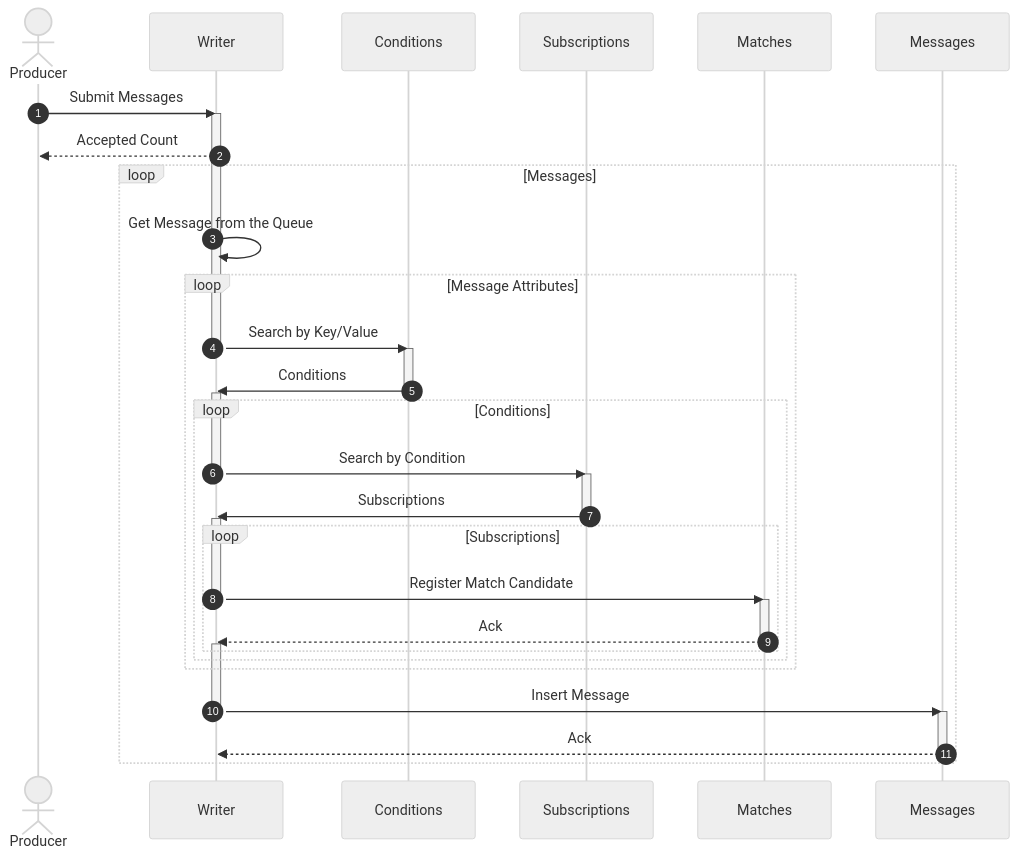
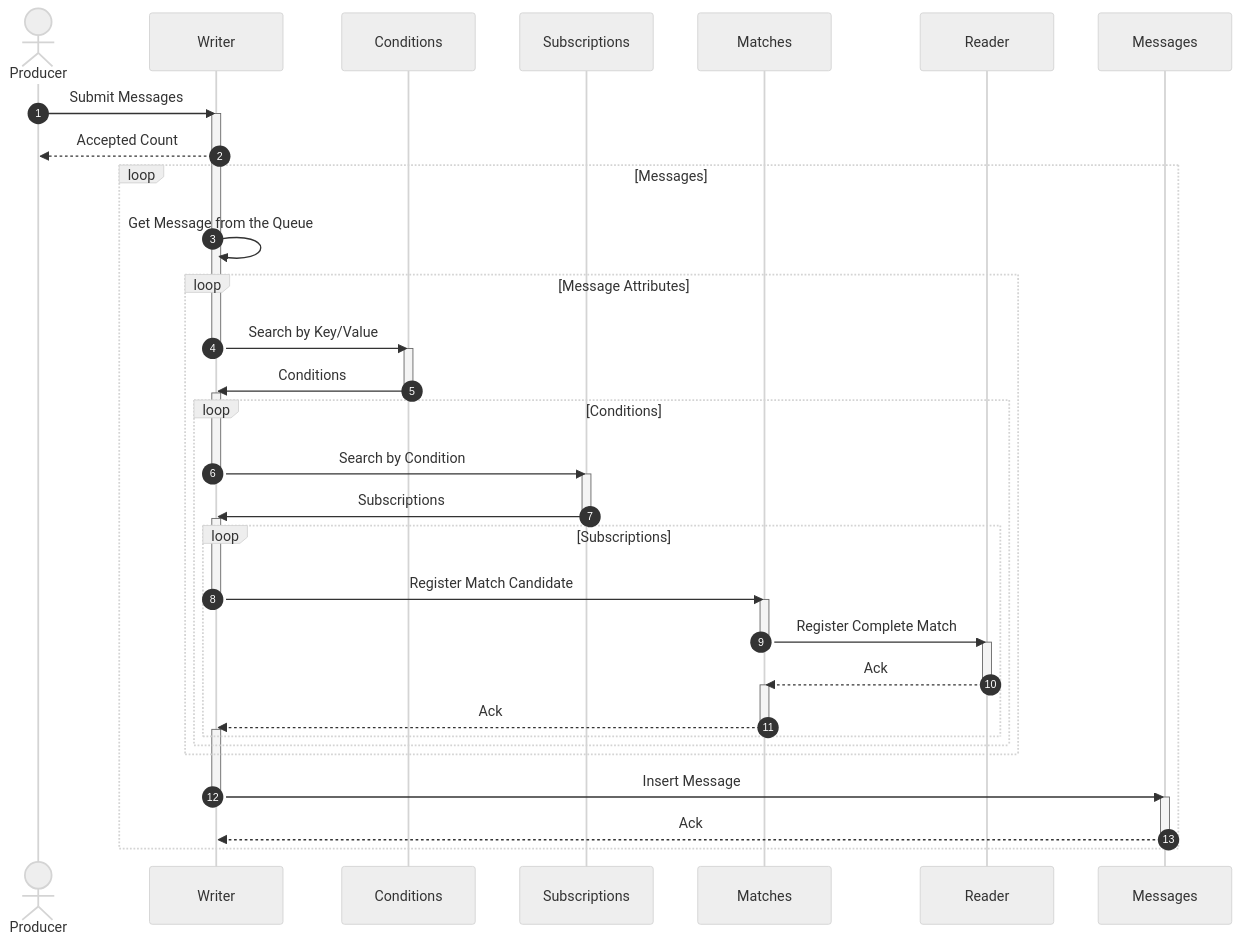
The first of 2 diagrams in profile/README.md (awakari/.github), drawn with Mermaid before and after one commit. The commit also changed other lines of this file and 2 other files, not shown here.

Commit message:
readme update

````diff
--- a/profile/README.md
+++ b/profile/README.md
@@ -121,67 +121,76 @@
 ```mermaid
 %%{init: {'theme': 'neutral' } }%%
 sequenceDiagram
 
     autonumber
 
     actor Producer
     participant Writer
     participant Conditions
     participant Subscriptions
     participant Matches
+    participant Reader
     participant Messages
 
     Producer->>Writer: Submit Messages
     
     activate Writer
     Writer-->>Producer: Accepted Count
     
     loop Messages
     
         Writer->>Writer: Get Message from the Queue
         
         loop Message Attributes
         
             Writer->>Conditions: Search by Key/Value
             deactivate Writer
             
             activate Conditions
             Conditions->>Writer: Conditions
             deactivate Conditions
             
             activate Writer
             loop Conditions
                 
                 Writer->>Subscriptions: Search by Condition
                 deactivate Writer
                 
                 activate Subscriptions
                 Subscriptions->>Writer: Subscriptions
                 deactivate Subscriptions
                 
                 activate Writer
                 loop Subscriptions
                     
                     Writer->>Matches: Register Match Candidate
                     deactivate Writer
                     
                     activate Matches
+                    Matches->>Reader: Register Complete Match
+                    deactivate Matches
+                    
+                    activate Reader
+                    Reader-->>Matches: Ack
+                    deactivate Reader
+                    
+                    activate Matches
                     Matches-->>Writer: Ack
                     deactivate Matches
                     
                     activate Writer
                     
                 end
             end
         end
         
         Writer->>Messages: Insert Message
         deactivate Writer
         
         activate Messages
         Messages-->>Writer: Ack
         deactivate Messages
         
         activate Writer
     end
 ```
````
